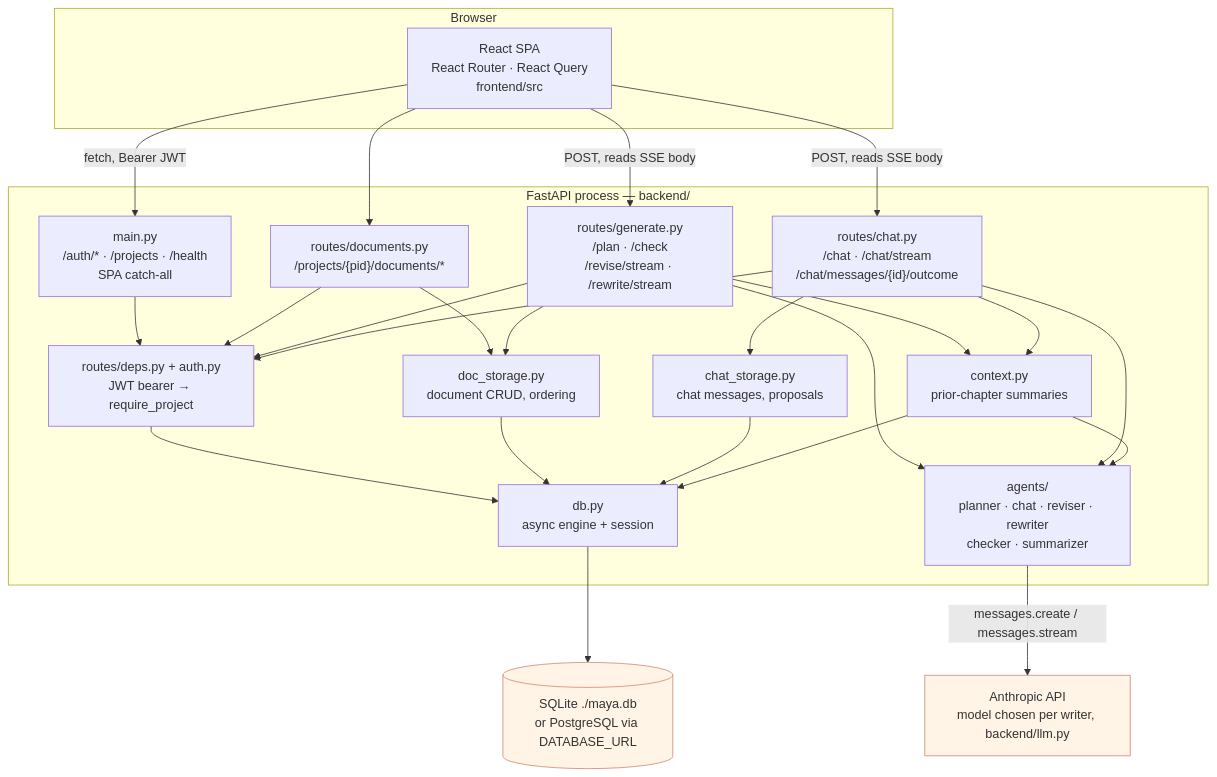
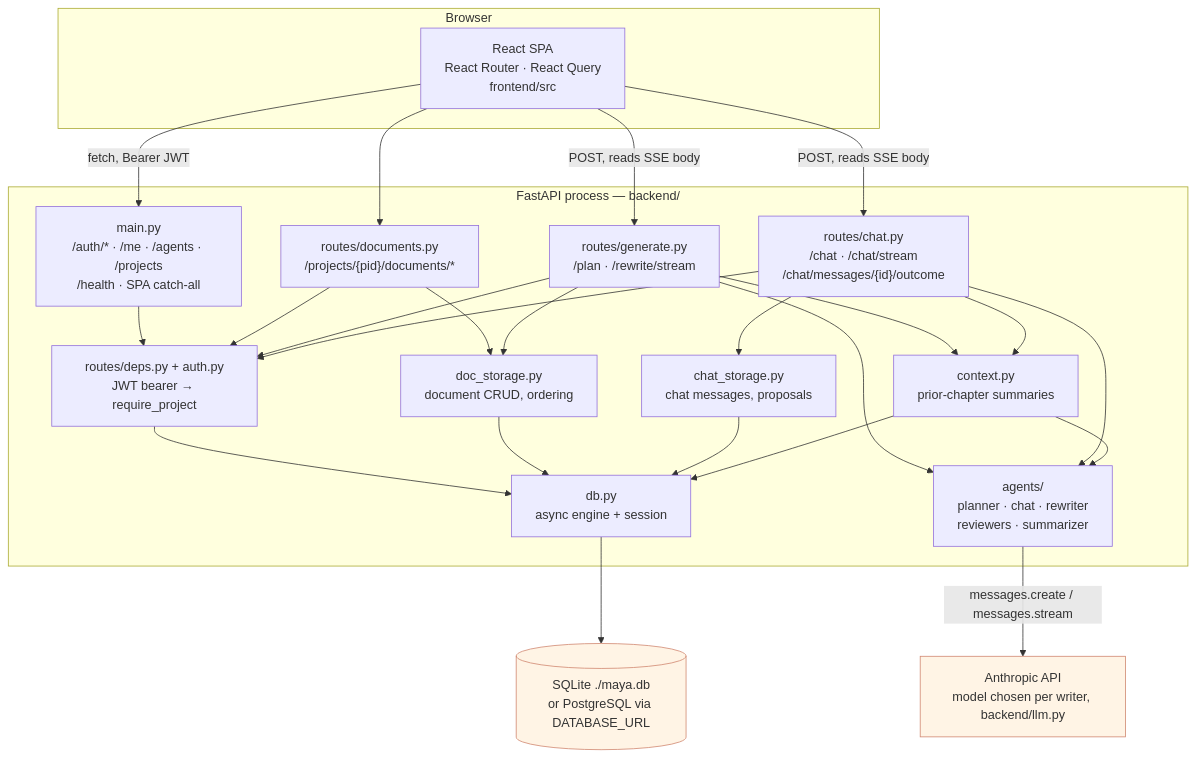
Before and after one commit to Akazz-L/maya: the first of 2 diagrams in docs/diagrams/01-system-overview.md, drawn with Mermaid. The commit also changed other lines of this file and 60 other files, not shown here.

````diff
--- a/docs/diagrams/01-system-overview.md
+++ b/docs/diagrams/01-system-overview.md
@@ -6,49 +6,49 @@
 ```mermaid
 graph TB
     subgraph browser["Browser"]
         SPA["React SPA<br/>React Router · React Query<br/>frontend/src"]
     end
 
     subgraph server["FastAPI process — backend/"]
-        MAIN["main.py<br/>/auth/* · /projects · /health<br/>SPA catch-all"]
+        MAIN["main.py<br/>/auth/* · /me · /agents · /projects<br/>/health · SPA catch-all"]
         DOCS["routes/documents.py<br/>/projects/{pid}/documents/*"]
-        GEN["routes/generate.py<br/>/plan · /check<br/>/revise/stream · /rewrite/stream"]
+        GEN["routes/generate.py<br/>/plan · /rewrite/stream"]
         CHAT["routes/chat.py<br/>/chat · /chat/stream<br/>/chat/messages/{id}/outcome"]
         DEPS["routes/deps.py + auth.py<br/>JWT bearer → require_project"]
         STORE["doc_storage.py<br/>document CRUD, ordering"]
         CSTORE["chat_storage.py<br/>chat messages, proposals"]
         CTX["context.py<br/>prior-chapter summaries"]
-        AGENTS["agents/<br/>planner · chat · reviser · rewriter<br/>checker · summarizer"]
+        AGENTS["agents/<br/>planner · chat · rewriter<br/>reviewers · summarizer"]
         DB["db.py<br/>async engine + session"]
     end
 
     ANTHROPIC["Anthropic API<br/>model chosen per writer, backend/llm.py"]
     SQL[("SQLite ./maya.db<br/>or PostgreSQL via DATABASE_URL")]
 
     SPA -->|"fetch, Bearer JWT"| MAIN
     SPA --> DOCS
     SPA -->|"POST, reads SSE body"| GEN
     SPA -->|"POST, reads SSE body"| CHAT
 
     MAIN --> DEPS
     DOCS --> DEPS
     GEN --> DEPS
     CHAT --> DEPS
     DOCS --> STORE
     GEN --> STORE
     GEN --> CTX
     GEN --> AGENTS
     CHAT --> CSTORE
     CHAT --> CTX
     CHAT --> AGENTS
     CTX --> AGENTS
     AGENTS -->|"messages.create / messages.stream"| ANTHROPIC
     DEPS --> DB
     STORE --> DB
     CSTORE --> DB
     CTX --> DB
     DB --> SQL
 
     classDef ext fill:#fff4e5,stroke:#d08770
     class ANTHROPIC,SQL ext
 ```
````
